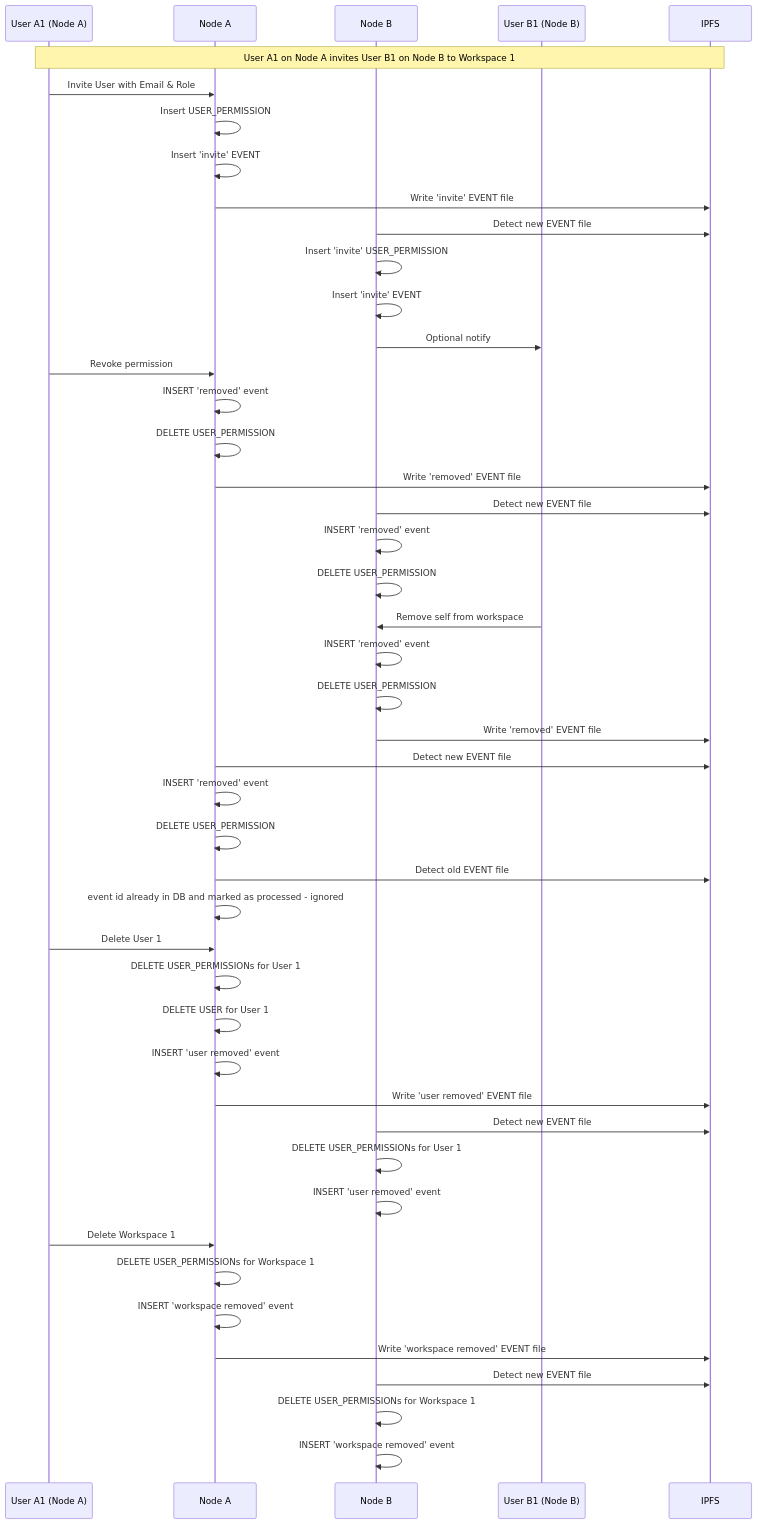
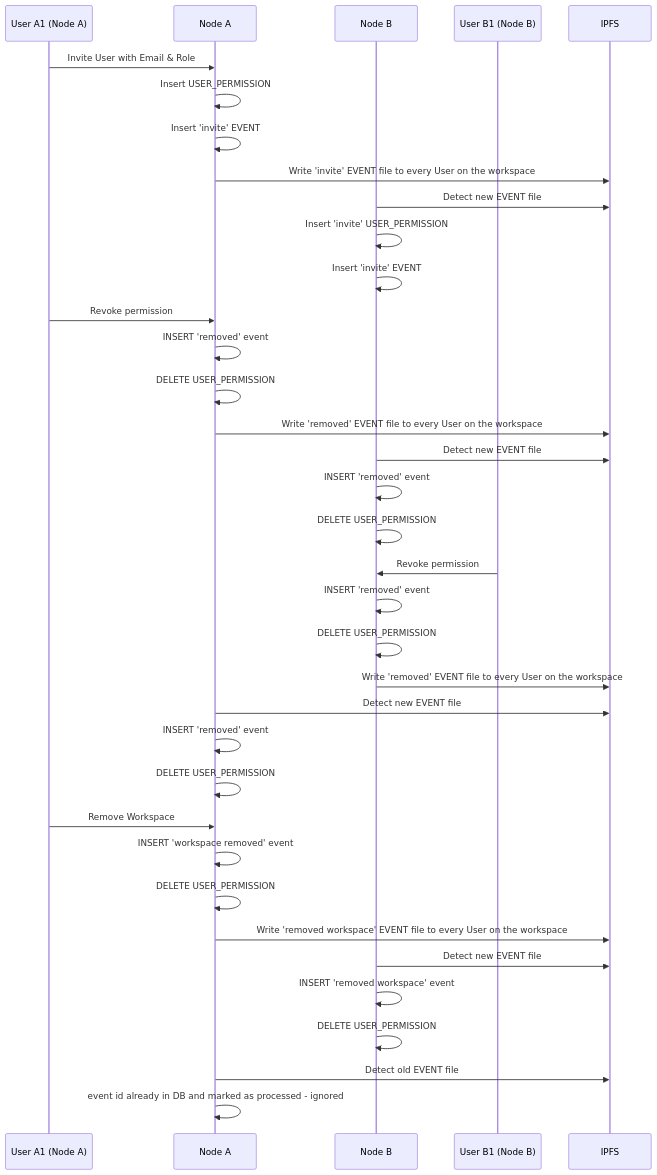
The diagram in doc/Architecture/workflows/proposed/#292-Private-workspace-permissions-across-IPFS-nodes/292-sequence-diagramm.mmd (openkfw/TruSpace), drawn with Mermaid before and after one commit. The commit also changed 10 other files, not shown here.

Commit message:
feat(events): sync new permission events with every user in a workspace

```diff
--- a/doc/Architecture/workflows/proposed/#292-Private-workspace-permissions-across-IPFS-nodes/292-sequence-diagramm.mmd
+++ b/doc/Architecture/workflows/proposed/#292-Private-workspace-permissions-across-IPFS-nodes/292-sequence-diagramm.mmd
@@ -1,61 +1,48 @@
-
 sequenceDiagram
     participant A1 as User A1 (Node A)
     participant NodeA as Node A
     participant NodeB as Node B
     participant B1 as User B1 (Node B)
     participant IPFS as IPFS
 
     %% Invite creation
-    note over A1,IPFS: User A1 on Node A invites User B1 on Node B to Workspace 1
     A1->>NodeA: Invite User with Email & Role
     NodeA->>NodeA: Insert USER_PERMISSION
     NodeA->>NodeA: Insert 'invite' EVENT
-    NodeA->>IPFS: Write 'invite' EVENT file
+    NodeA->>IPFS: Write 'invite' EVENT file to every User on the workspace
 
     %% Remote nodes process invite
     NodeB->>IPFS: Detect new EVENT file
     NodeB->>NodeB: Insert 'invite' USER_PERMISSION
     NodeB->>NodeB: Insert 'invite' EVENT
-    NodeB->>B1: Optional notify
 
-    %% Invite revocation by inviter
+    %% revoke by inviter
     A1->>NodeA: Revoke permission
     NodeA->>NodeA: INSERT 'removed' event
     NodeA->>NodeA: DELETE USER_PERMISSION
-    NodeA->>IPFS: Write 'removed' EVENT file
+    NodeA->>IPFS: Write 'removed' EVENT file to every User on the workspace
     NodeB->>IPFS: Detect new EVENT file
     NodeB->>NodeB: INSERT 'removed' event
     NodeB->>NodeB: DELETE USER_PERMISSION
 
-    %% Self-removal
-    B1->>NodeB: Remove self from workspace
+    %% self revoke or user (soft/hard) deleted
+    B1->>NodeB: Revoke permission
     NodeB->>NodeB: INSERT 'removed' event
     NodeB->>NodeB: DELETE USER_PERMISSION
-    NodeB->>IPFS: Write 'removed' EVENT file
+    NodeB->>IPFS: Write 'removed' EVENT file to every User on the workspace
     NodeA->>IPFS: Detect new EVENT file
     NodeA->>NodeA: INSERT 'removed' event
     NodeA->>NodeA: DELETE USER_PERMISSION
 
+    %% workspace removed
+    A1->>NodeA: Remove Workspace
+    NodeA->>NodeA: INSERT 'workspace removed' event
+    NodeA->>NodeA: DELETE USER_PERMISSION
+    NodeA->>IPFS: Write 'removed workspace' EVENT file to every User on the workspace
+    NodeB->>IPFS: Detect new EVENT file
+    NodeB->>NodeB: INSERT 'removed workspace' event
+    NodeB->>NodeB: DELETE USER_PERMISSION
+
     %% Event already processed
     NodeA->>IPFS: Detect old EVENT file
     NodeA->>NodeA: event id already in DB and marked as processed - ignored
-
-    %% User deleted
-    A1->>NodeA: Delete User 1
-    NodeA->>NodeA: DELETE USER_PERMISSIONs for User 1
-    NodeA->>NodeA: DELETE USER for User 1
-    NodeA->>NodeA: INSERT 'user removed' event
-    NodeA->>IPFS: Write 'user removed' EVENT file
-    NodeB->>IPFS: Detect new EVENT file
-    NodeB->>NodeB: DELETE USER_PERMISSIONs for User 1
-    NodeB->>NodeB: INSERT 'user removed' event
-    
-    %% Workspace deleted
-    A1->>NodeA: Delete Workspace 1
-    NodeA->>NodeA: DELETE USER_PERMISSIONs for Workspace 1
-    NodeA->>NodeA: INSERT 'workspace removed' event
-    NodeA->>IPFS: Write 'workspace removed' EVENT file
-    NodeB->>IPFS: Detect new EVENT file
-    NodeB->>NodeB: DELETE USER_PERMISSIONs for Workspace 1
-    NodeB->>NodeB: INSERT 'workspace removed' event
```
